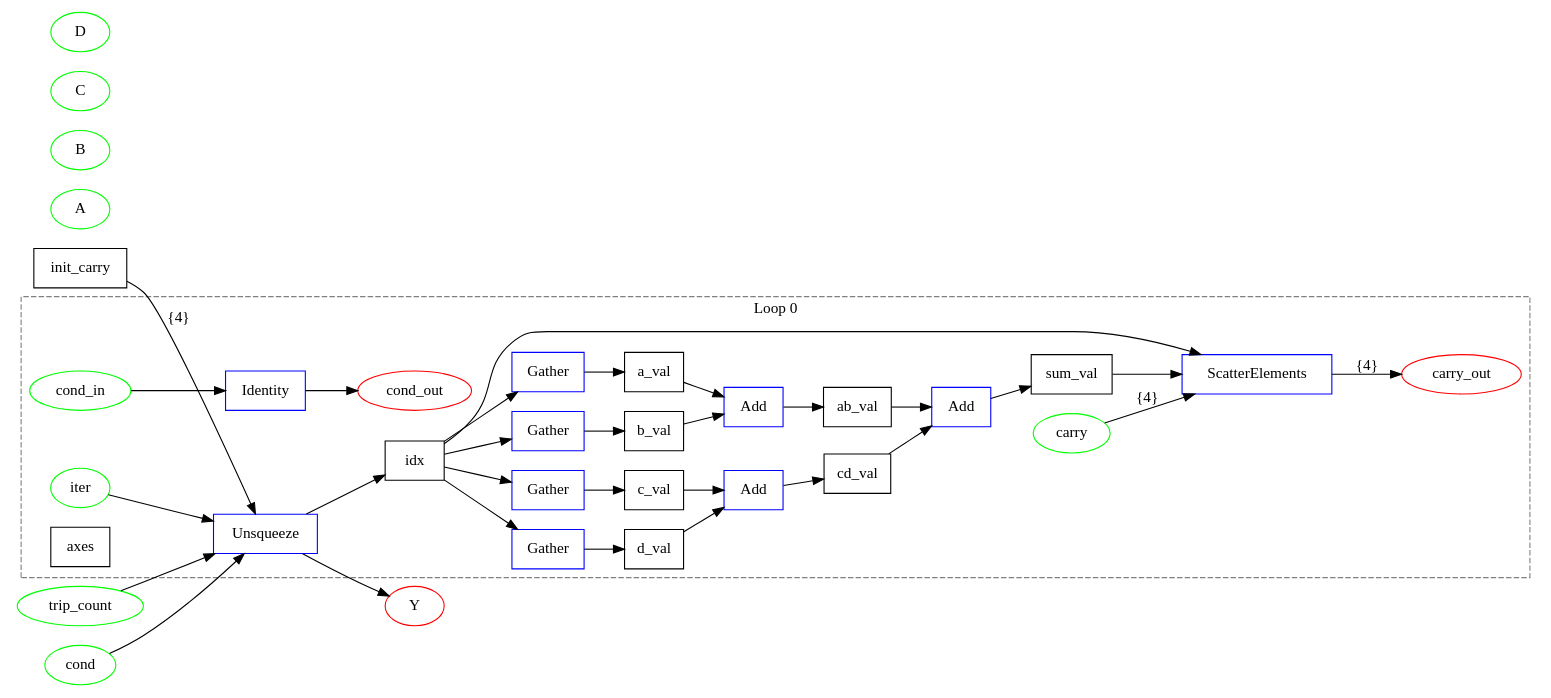
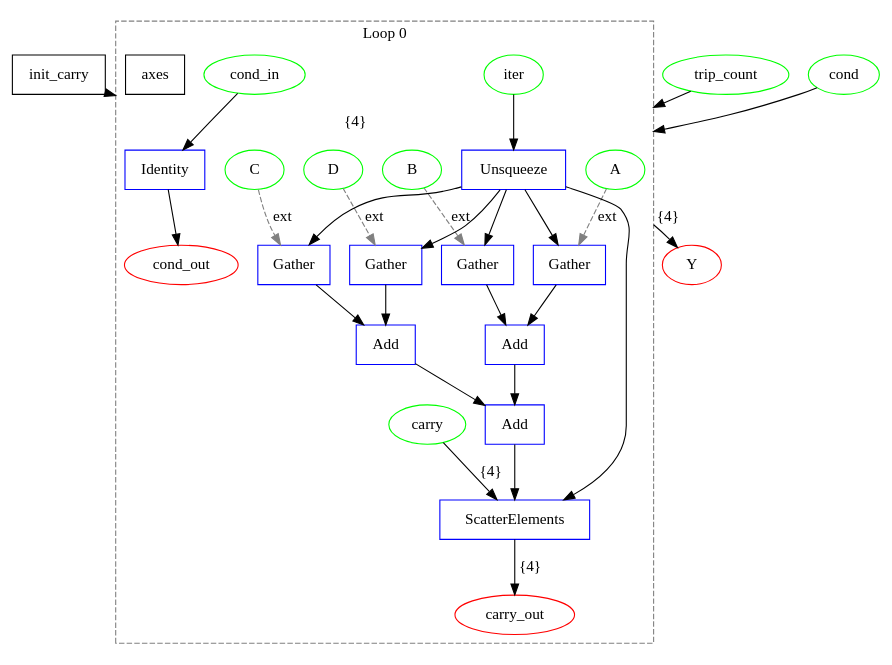
Before and after one commit to specs-feup/onnx-flow: the diagram in examples/onnx/add_chain_decomposed.dot, drawn with Graphviz. The commit also changed 3 other files, not shown here.

```diff
--- a/examples/onnx/add_chain_decomposed.dot
+++ b/examples/onnx/add_chain_decomposed.dot
@@ -1,72 +1,59 @@
 digraph {
-  graph [rankdir=LR compound=true];
+  graph [compound=true];
   init_carry [label=init_carry shape=box];
   A [label=A shape=ellipse color="#00FF00"];
   B [label=B shape=ellipse color="#00FF00"];
   C [label=C shape=ellipse color="#00FF00"];
   D [label=D shape=ellipse color="#00FF00"];
   trip_count [label=trip_count shape=ellipse color="#00FF00"];
   cond [label=cond shape=ellipse color="#00FF00"];
   Y [label=Y shape=ellipse color="#FF0000"];
-  0 [label=Loop shape=box color="#0000FF"];
-  trip_count -> 0 [label=""];
-  cond -> 0 [label=""];
-  init_carry -> 0 [label="{4}"];
-  0 -> Y [label=""];
   subgraph cluster_loop_0 {
     graph [rankdir=LR compound=true];
-    iter [label=iter shape=ellipse color="#00FF00"];
-    cond_in [label=cond_in shape=ellipse color="#00FF00"];
-    carry [label=carry shape=ellipse color="#00FF00"];
-    cond_out [label=cond_out shape=ellipse color="#FF0000"];
-    carry_out [label=carry_out shape=ellipse color="#FF0000"];
-    axes [label=axes shape=box];
-    0 [label=Unsqueeze shape=box color="#0000FF"];
-    idx [label=idx shape=box];
-    1 [label=Gather shape=box color="#0000FF"];
-    a_val [label=a_val shape=box];
-    2 [label=Gather shape=box color="#0000FF"];
-    b_val [label=b_val shape=box];
-    3 [label=Gather shape=box color="#0000FF"];
-    c_val [label=c_val shape=box];
-    4 [label=Gather shape=box color="#0000FF"];
-    d_val [label=d_val shape=box];
-    5 [label=Add shape=box color="#0000FF"];
-    ab_val [label=ab_val shape=box];
-    6 [label=Add shape=box color="#0000FF"];
-    cd_val [label=cd_val shape=box];
-    7 [label=Add shape=box color="#0000FF"];
-    sum_val [label=sum_val shape=box];
-    8 [label=ScatterElements shape=box color="#0000FF"];
-    9 [label=Identity shape=box color="#0000FF"];
-    iter -> 0 [label=""];
-    0 -> idx [label=""];
-    idx -> 1 [label=""];
-    1 -> a_val [label=""];
-    idx -> 2 [label=""];
-    2 -> b_val [label=""];
-    idx -> 3 [label=""];
-    3 -> c_val [label=""];
-    idx -> 4 [label=""];
-    4 -> d_val [label=""];
-    a_val -> 5 [label=""];
-    b_val -> 5 [label=""];
-    5 -> ab_val [label=""];
-    c_val -> 6 [label=""];
-    d_val -> 6 [label=""];
-    6 -> cd_val [label=""];
-    ab_val -> 7 [label=""];
-    cd_val -> 7 [label=""];
-    7 -> sum_val [label=""];
-    carry -> 8 [label="{4}"];
-    idx -> 8 [label=""];
-    sum_val -> 8 [label=""];
-    8 -> carry_out [label="{4}"];
-    cond_in -> 9 [label=""];
-    9 -> cond_out [label=""];
+    loop0_iter [label=iter shape=ellipse color="#00FF00"];
+    loop0_cond_in [label=cond_in shape=ellipse color="#00FF00"];
+    loop0_carry [label=carry shape=ellipse color="#00FF00"];
+    loop0_cond_out [label=cond_out shape=ellipse color="#FF0000"];
+    loop0_carry_out [label=carry_out shape=ellipse color="#FF0000"];
+    loop0_axes [label=axes shape=box];
+    loop0_0 [label=Unsqueeze shape=box color="#0000FF"];
+    loop0_0 -> loop0_1 [label=""];
+    loop0_0 -> loop0_2 [label=""];
+    loop0_0 -> loop0_3 [label=""];
+    loop0_0 -> loop0_4 [label=""];
+    loop0_0 -> loop0_8 [label=""];
+    loop0_1 [label=Gather shape=box color="#0000FF"];
+    loop0_1 -> loop0_5 [label=""];
+    loop0_2 [label=Gather shape=box color="#0000FF"];
+    loop0_2 -> loop0_5 [label=""];
+    loop0_3 [label=Gather shape=box color="#0000FF"];
+    loop0_3 -> loop0_6 [label=""];
+    loop0_4 [label=Gather shape=box color="#0000FF"];
+    loop0_4 -> loop0_6 [label=""];
+    loop0_5 [label=Add shape=box color="#0000FF"];
+    loop0_5 -> loop0_7 [label=""];
+    loop0_6 [label=Add shape=box color="#0000FF"];
+    loop0_6 -> loop0_7 [label=""];
+    loop0_7 [label=Add shape=box color="#0000FF"];
+    loop0_7 -> loop0_8 [label=""];
+    loop0_8 [label=ScatterElements shape=box color="#0000FF"];
+    loop0_9 [label=Identity shape=box color="#0000FF"];
+    loop0_iter -> loop0_0 [label=""];
+    loop0_carry -> loop0_8 [label="{4}"];
+    loop0_8 -> loop0_carry_out [label="{4}"];
+    loop0_cond_in -> loop0_9 [label=""];
+    loop0_9 -> loop0_cond_out [label=""];
+    A -> loop0_1 [style=dashed color=gray label=ext];
+    B -> loop0_2 [style=dashed color=gray label=ext];
+    C -> loop0_3 [style=dashed color=gray label=ext];
+    D -> loop0_4 [style=dashed color=gray label=ext];
     graph [label="Loop 0"];
     graph [style=dashed];
     graph [color=gray];
   }
 
+  trip_count -> loop0_0 [label="" lhead=cluster_loop_0];
+  cond -> loop0_0 [label="" lhead=cluster_loop_0];
+  init_carry -> loop0_0 [label="{4}" lhead=cluster_loop_0];
+  loop0_0 -> Y [label="{4}" ltail=cluster_loop_0];
 }
```
